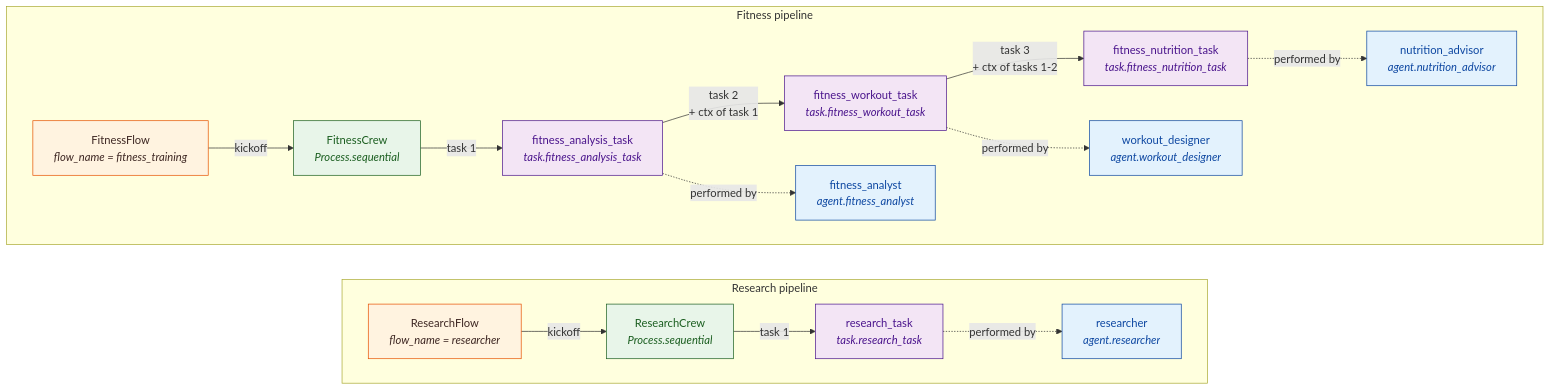
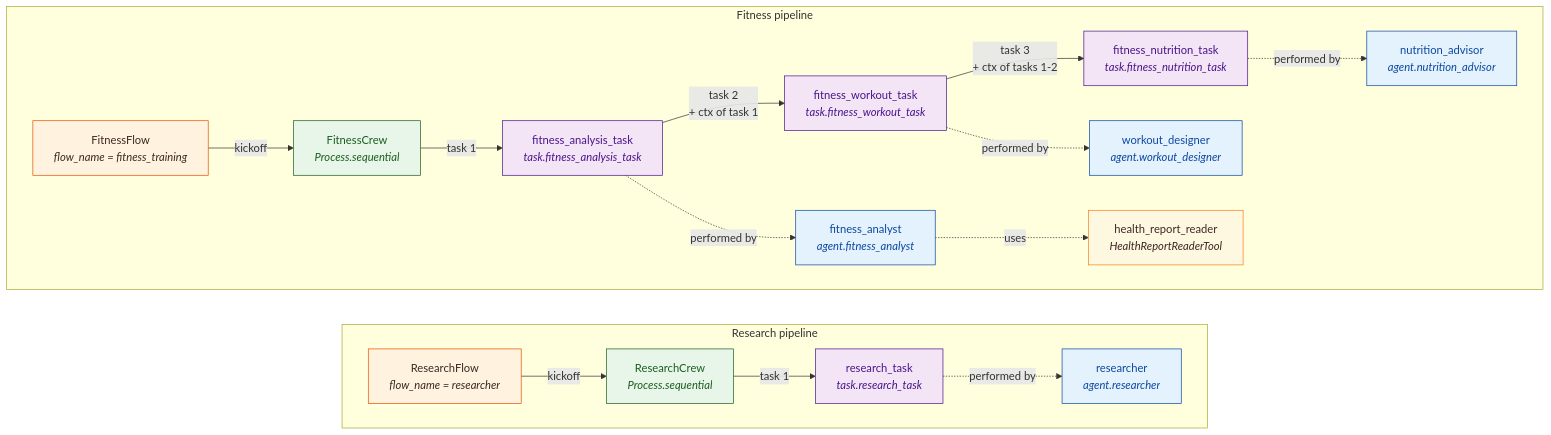
The third of 4 diagrams in SYSTEM_OVERVIEW.md (shengtong-design/langfuse-chat), drawn with Mermaid before and after one commit. The commit also changed other lines of this file and 2 other files, not shown here.

````diff
--- a/SYSTEM_OVERVIEW.md
+++ b/SYSTEM_OVERVIEW.md
@@ -477,29 +477,32 @@
 ```mermaid
 flowchart LR
     classDef flowNode fill:#fff3e0,stroke:#e65100,color:#3e2723;
     classDef crewNode fill:#e8f5e9,stroke:#1b5e20,color:#1b5e20;
     classDef agentNode fill:#e3f2fd,stroke:#0d47a1,color:#0d47a1;
     classDef taskNode fill:#f3e5f5,stroke:#4a148c,color:#4a148c;
+    classDef toolNode fill:#fff8e1,stroke:#f57f17,color:#3e2723;
 
     subgraph RP["Research pipeline"]
         direction LR
         RF["ResearchFlow<br/><i>flow_name = researcher</i>"]:::flowNode -->|kickoff| RC["ResearchCrew<br/><i>Process.sequential</i>"]:::crewNode
         RC -->|task 1| Rt["research_task<br/><i>task.research_task</i>"]:::taskNode
         Rr["researcher<br/><i>agent.researcher</i>"]:::agentNode
         Rt -.performed by.-> Rr
     end
 
     subgraph FP["Fitness pipeline"]
         direction LR
         FF["FitnessFlow<br/><i>flow_name = fitness_training</i>"]:::flowNode -->|kickoff| FC["FitnessCrew<br/><i>Process.sequential</i>"]:::crewNode
         FC -->|task 1| Fat["fitness_analysis_task<br/><i>task.fitness_analysis_task</i>"]:::taskNode
         Fat -->|task 2<br/>+ ctx of task 1| Fwt["fitness_workout_task<br/><i>task.fitness_workout_task</i>"]:::taskNode
         Fwt -->|task 3<br/>+ ctx of tasks 1-2| Fnt["fitness_nutrition_task<br/><i>task.fitness_nutrition_task</i>"]:::taskNode
         Fa["fitness_analyst<br/><i>agent.fitness_analyst</i>"]:::agentNode
         Fw["workout_designer<br/><i>agent.workout_designer</i>"]:::agentNode
         Fn["nutrition_advisor<br/><i>agent.nutrition_advisor</i>"]:::agentNode
+        HRR["health_report_reader<br/><i>HealthReportReaderTool</i>"]:::toolNode
         Fat -.performed by.-> Fa
         Fwt -.performed by.-> Fw
         Fnt -.performed by.-> Fn
+        Fa -.uses.-> HRR
     end
 ```
````
